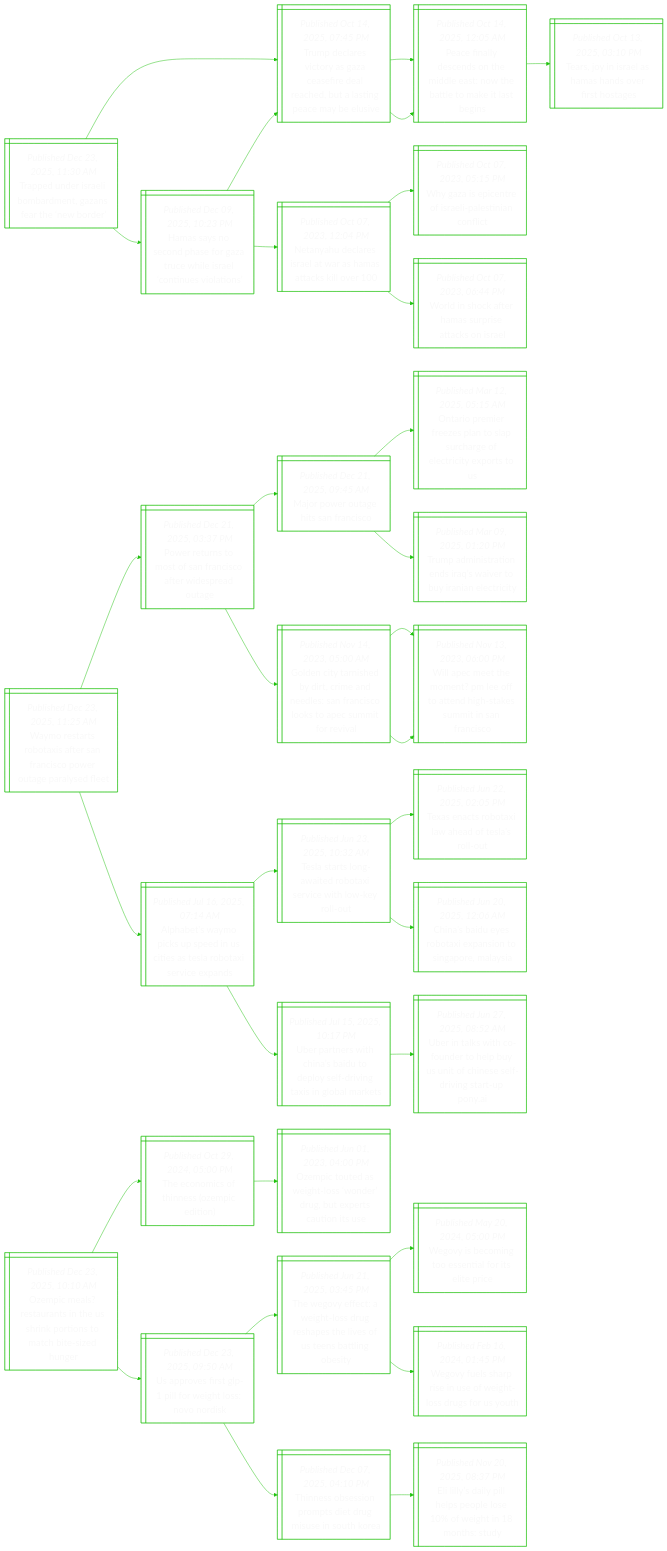
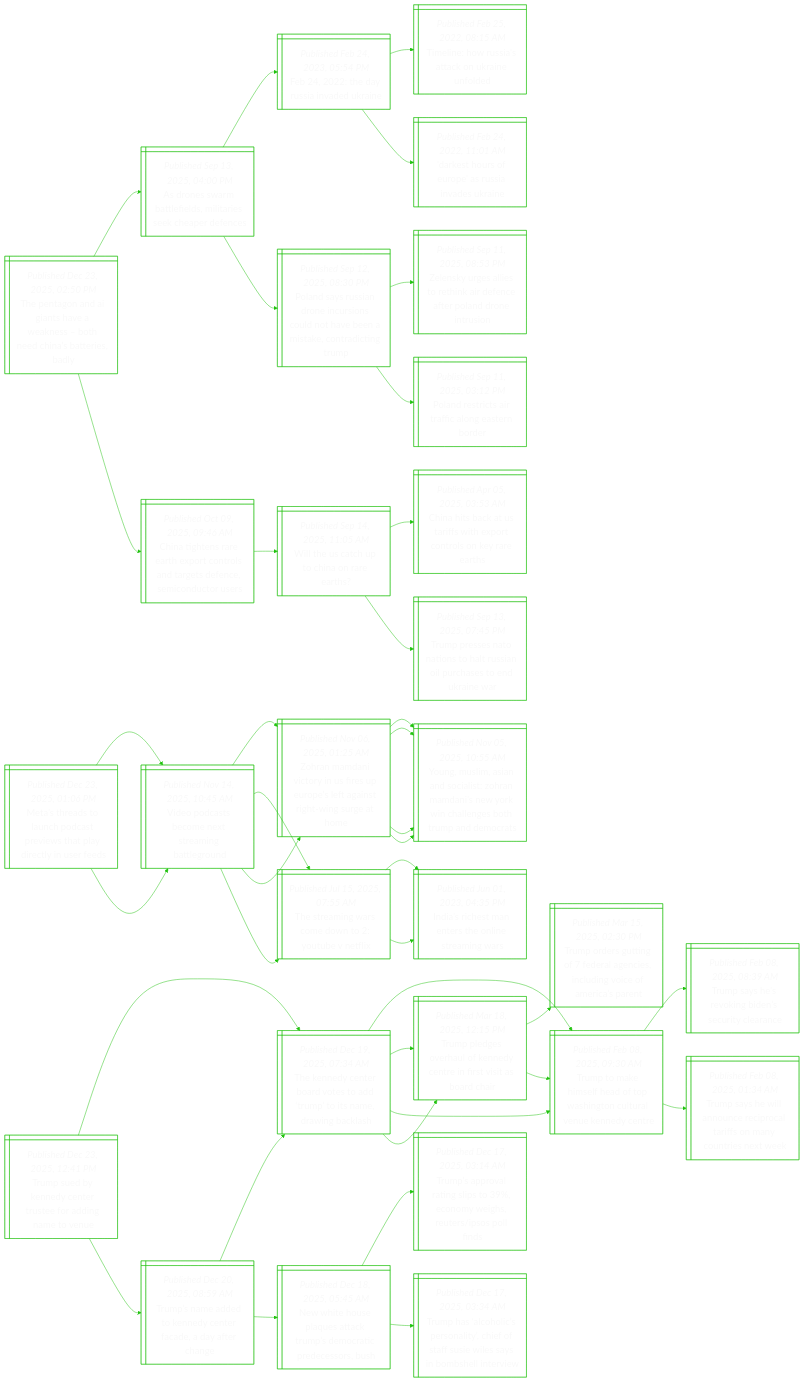
One commit to notJmes/notJmes changed the diagram in README.md. Above: the diagram before and after it, drawn with Mermaid. The commit also changed other lines of this file, not shown here.

````diff
--- a/README.md
+++ b/README.md
@@ -16,106 +16,127 @@
 flowchart LR
 classDef txtsize font-size:20px;
 
-TeeaodGstwe@{ shape: win-pane, label: "_Published Dec 23, 2025, 11:30 AM_
-Trapped under israeli bombardment, gazans fear the ‘new border’" }
-HsonsGrhscnii@{ shape: win-pane, label: "_Published Dec 09, 2025, 10:23 PM_
-Hamas says no second phase for gaza truce while israel ‘continues violations’" }
-Tdrcaaededlncbs@{ shape: win-pane, label: "_Published Oct 14, 2025, 07:45 PM_
-Trump declares victory as gaza ceasefire deal reached, but a lasting peace may be elusive" }
-PflcoMeNelale@{ shape: win-pane, label: "_Published Oct 14, 2025, 12:05 AM_
-Peace finally descends on the middle east: now the battle to make it last begins" }
-NyeeawHakl@{ shape: win-pane, label: "_Published Oct 07, 2023, 12:04 PM_
-Netanyahu declares israel at war as hamas attacks kill over 100" }
-WzptIleint@{ shape: win-pane, label: "_Published Oct 07, 2023, 05:15 PM_
-Why gaza is epicentre of israeli-palestinian conflict" }
-Wiceapaks@{ shape: win-pane, label: "_Published Oct 07, 2023, 06:44 PM_
-World in shock after hamas surprise attacks on israel" }
-Tdrcaaededlncbs@{ shape: win-pane, label: "_Published Oct 14, 2025, 07:45 PM_
-Trump declares victory as gaza ceasefire deal reached, but a lasting peace may be elusive" }
-PflcoMeNelale@{ shape: win-pane, label: "_Published Oct 14, 2025, 12:05 AM_
-Peace finally descends on the middle east: now the battle to make it last begins" }
-TjIlmnest@{ shape: win-pane, label: "_Published Oct 13, 2025, 03:10 PM_
-Tears, joy in israel as hamas hands over first hostages" }
+TnnItekbeiaid@{ shape: win-pane, label: "_Published Dec 23, 2025, 02:50 PM_
+The pentagon and ai giants have a weakness – both need china’s batteries, badly" }
+Anatimashrn@{ shape: win-pane, label: "_Published Sep 13, 2025, 04:00 PM_
+As drones swarm battlefields, militaries seek cheaper defences" }
+Feuiea@{ shape: win-pane, label: "_Published Feb 24, 2023, 05:54 PM_
+Feb 24, 2022: the day russia invaded ukraine" }
+Tiwitnifd@{ shape: win-pane, label: "_Published Feb 25, 2022, 08:15 AM_
+Timeline: how russia's attack on ukraine unfolded" }
+DsruasvUn@{ shape: win-pane, label: "_Published Feb 24, 2022, 11:01 AM_
+'darkest hours of europe' as russia invades ukraine" }
+PdRanunlheiertr@{ shape: win-pane, label: "_Published Sep 12, 2025, 08:30 PM_
+Poland says russian drone incursions could not have been a mistake, contradicting trump" }
+Zsgloirntlrni@{ shape: win-pane, label: "_Published Sep 11, 2025, 08:53 PM_
+Zelensky urges allies to rethink air defence after poland drone intrusion" }
+Pdraaaerd@{ shape: win-pane, label: "_Published Sep 11, 2025, 03:12 PM_
+Poland restricts air traffic along eastern border" }
+Ctertonsasnmdrs@{ shape: win-pane, label: "_Published Oct 09, 2025, 09:46 AM_
+China tightens rare earth export controls and targets defence, semiconductor users" }
+Whapira@{ shape: win-pane, label: "_Published Sep 14, 2025, 11:05 AM_
+Will the us catch up to china on rare earths?" }
+ChaUiipoleeh@{ shape: win-pane, label: "_Published Apr 05, 2025, 03:53 AM_
+China hits back at us tariffs with export controls on key rare earths" }
+Tpeoohunuserw@{ shape: win-pane, label: "_Published Sep 13, 2025, 07:45 PM_
+Trump presses nato nations to halt russian oil purchases to end ukraine war" }
 
-TeeaodGstwe:::txtsize --> HsonsGrhscnii:::txtsize
-HsonsGrhscnii:::txtsize --> Tdrcaaededlncbs:::txtsize
-Tdrcaaededlncbs:::txtsize --> PflcoMeNelale:::txtsize
-HsonsGrhscnii:::txtsize --> NyeeawHakl:::txtsize
-NyeeawHakl:::txtsize --> WzptIleint:::txtsize
-NyeeawHakl:::txtsize --> Wiceapaks:::txtsize
-TeeaodGstwe:::txtsize --> Tdrcaaededlncbs:::txtsize
-Tdrcaaededlncbs:::txtsize --> PflcoMeNelale:::txtsize
-PflcoMeNelale:::txtsize --> TjIlmnest:::txtsize
+TnnItekbeiaid:::txtsize --> Anatimashrn:::txtsize
+Anatimashrn:::txtsize --> Feuiea:::txtsize
+Feuiea:::txtsize --> Tiwitnifd:::txtsize
+Feuiea:::txtsize --> DsruasvUn:::txtsize
+Anatimashrn:::txtsize --> PdRanunlheiertr:::txtsize
+PdRanunlheiertr:::txtsize --> Zsgloirntlrni:::txtsize
+PdRanunlheiertr:::txtsize --> Pdraaaerd:::txtsize
+TnnItekbeiaid:::txtsize --> Ctertonsasnmdrs:::txtsize
+Ctertonsasnmdrs:::txtsize --> Whapira:::txtsize
+Whapira:::txtsize --> ChaUiipoleeh:::txtsize
+Whapira:::txtsize --> Tpeoohunuserw:::txtsize
 
-WrrbieFioupyl@{ shape: win-pane, label: "_Published Dec 23, 2025, 11:25 AM_
-Waymo restarts robotaxis after san francisco power outage paralysed fleet" }
-PrnoSaceeaa@{ shape: win-pane, label: "_Published Dec 21, 2025, 03:37 PM_
-Power returns to most of san francisco after widespread outage" }
-MpoeSac@{ shape: win-pane, label: "_Published Dec 21, 2025, 09:45 AM_
-Major power outage hits san francisco" }
-Oimrstphocipt@{ shape: win-pane, label: "_Published Mar 12, 2025, 05:15 AM_
-Ontario premier freezes plan to slap surcharge of electricity exports to us" }
-Taitnaiorntt@{ shape: win-pane, label: "_Published Mar 09, 2025, 01:20 PM_
-Trump administration ends iraq’s waiver to buy iranian electricity" }
-GntsycaeSackpmoi@{ shape: win-pane, label: "_Published Nov 14, 2023, 05:00 AM_
-Golden city tarnished by dirt, crime and needles: san francisco looks to apec summit for revival" }
-WpemteonhemSac@{ shape: win-pane, label: "_Published Nov 13, 2023, 06:00 PM_
-Will apec meet the moment? pm lee off to attend high-stakes summit in san francisco" }
-WpemteonhemSac@{ shape: win-pane, label: "_Published Nov 13, 2023, 06:00 PM_
-Will apec meet the moment? pm lee off to attend high-stakes summit in san francisco" }
-Abaipdcssbiip@{ shape: win-pane, label: "_Published Jul 16, 2025, 07:14 AM_
-Alphabet's waymo picks up speed in us cities as tesla robotaxi service expands" }
-Tssaeoschel@{ shape: win-pane, label: "_Published Jun 23, 2025, 10:32 AM_
-Tesla starts long-awaited robotaxi service with low-key roll-out" }
-Testaaeru@{ shape: win-pane, label: "_Published Jun 22, 2025, 02:05 PM_
-Texas enacts robotaxi law ahead of tesla’s roll-out" }
-Csurapoiola@{ shape: win-pane, label: "_Published Jun 20, 2025, 12:06 AM_
-China’s baidu eyes robotaxi expansion to singapore, malaysia" }
-Uarhadesrgsoas@{ shape: win-pane, label: "_Published Jul 15, 2025, 10:17 PM_
-Uber partners with china’s baidu to deploy self-driving taxis in global markets" }
-Unscnobufelvtpa@{ shape: win-pane, label: "_Published Jun 27, 2025, 08:52 AM_
-Uber in talks with co-founder to help buy us unit of chinese self-driving start-up pony.ai" }
+MTdapsvtlryed@{ shape: win-pane, label: "_Published Dec 23, 2025, 01:06 PM_
+Meta’s threads to launch podcast previews that play directly in user feeds" }
+Vpscernto@{ shape: win-pane, label: "_Published Nov 14, 2025, 10:45 AM_
+Video podcasts become next streaming battleground" }
+Znaciippfiiirh@{ shape: win-pane, label: "_Published Nov 06, 2025, 01:25 AM_
+Zohran mamdani victory in us fires up europe’s left against right-wing surge at home" }
+YMmnoihaiYilehpea@{ shape: win-pane, label: "_Published Nov 05, 2025, 10:55 AM_
+Young, muslim, asian and socialist: zohran mamdani’s new york win challenges both trump and democrats" }
+YMmnoihaiYilehpea@{ shape: win-pane, label: "_Published Nov 05, 2025, 10:55 AM_
+Young, muslim, asian and socialist: zohran mamdani’s new york win challenges both trump and democrats" }
+Trnsdouex@{ shape: win-pane, label: "_Published Jul 15, 2025, 07:55 AM_
+The streaming wars come down to 2: youtube v netflix" }
+Isenroeaw@{ shape: win-pane, label: "_Published Jun 01, 2023, 04:35 PM_
+India’s richest man enters the online streaming wars" }
+Vpscernto@{ shape: win-pane, label: "_Published Nov 14, 2025, 10:45 AM_
+Video podcasts become next streaming battleground" }
+Znaciippfiiirh@{ shape: win-pane, label: "_Published Nov 06, 2025, 01:25 AM_
+Zohran mamdani victory in us fires up europe’s left against right-wing surge at home" }
+YMmnoihaiYilehpea@{ shape: win-pane, label: "_Published Nov 05, 2025, 10:55 AM_
+Young, muslim, asian and socialist: zohran mamdani’s new york win challenges both trump and democrats" }
+YMmnoihaiYilehpea@{ shape: win-pane, label: "_Published Nov 05, 2025, 10:55 AM_
+Young, muslim, asian and socialist: zohran mamdani’s new york win challenges both trump and democrats" }
+Trnsdouex@{ shape: win-pane, label: "_Published Jul 15, 2025, 07:55 AM_
+The streaming wars come down to 2: youtube v netflix" }
+Isenroeaw@{ shape: win-pane, label: "_Published Jun 01, 2023, 04:35 PM_
+India’s richest man enters the online streaming wars" }
 
-WrrbieFioupyl:::txtsize --> PrnoSaceeaa:::txtsize
-PrnoSaceeaa:::txtsize --> MpoeSac:::txtsize
-MpoeSac:::txtsize --> Oimrstphocipt:::txtsize
-MpoeSac:::txtsize --> Taitnaiorntt:::txtsize
-PrnoSaceeaa:::txtsize --> GntsycaeSackpmoi:::txtsize
-GntsycaeSackpmoi:::txtsize --> WpemteonhemSac:::txtsize
-GntsycaeSackpmoi:::txtsize --> WpemteonhemSac:::txtsize
-WrrbieFioupyl:::txtsize --> Abaipdcssbiip:::txtsize
-Abaipdcssbiip:::txtsize --> Tssaeoschel:::txtsize
-Tssaeoschel:::txtsize --> Testaaeru:::txtsize
-Tssaeoschel:::txtsize --> Csurapoiola:::txtsize
-Abaipdcssbiip:::txtsize --> Uarhadesrgsoas:::txtsize
-Uarhadesrgsoas:::txtsize --> Unscnobufelvtpa:::txtsize
+MTdapsvtlryed:::txtsize --> Vpscernto:::txtsize
+Vpscernto:::txtsize --> Znaciippfiiirh:::txtsize
+Znaciippfiiirh:::txtsize --> YMmnoihaiYilehpea:::txtsize
+Znaciippfiiirh:::txtsize --> YMmnoihaiYilehpea:::txtsize
+Vpscernto:::txtsize --> Trnsdouex:::txtsize
+Trnsdouex:::txtsize --> Isenroeaw:::txtsize
+MTdapsvtlryed:::txtsize --> Vpscernto:::txtsize
+Vpscernto:::txtsize --> Znaciippfiiirh:::txtsize
+Znaciippfiiirh:::txtsize --> YMmnoihaiYilehpea:::txtsize
+Znaciippfiiirh:::txtsize --> YMmnoihaiYilehpea:::txtsize
+Vpscernto:::txtsize --> Trnsdouex:::txtsize
+Trnsdouex:::txtsize --> Isenroeaw:::txtsize
 
-Oiltntskiohshr@{ shape: win-pane, label: "_Published Dec 23, 2025, 10:10 AM_
-Ozempic meals? restaurants in the us shrink portions to match bite-sized hunger" }
-Tochsmdn@{ shape: win-pane, label: "_Published Oct 29, 2024, 05:00 PM_
-The economics of thinness (ozempic edition)" }
-Oitwtwrbpcou@{ shape: win-pane, label: "_Published Jun 01, 2023, 04:00 PM_
-Ozempic touted as weight-loss ‘wonder’ drug, but experts caution its use" }
-UrfGlwtNok@{ shape: win-pane, label: "_Published Dec 23, 2025, 09:50 AM_
-Us approves first glp-1 pill for weight loss: novo nordisk" }
-TgfAhsrpestbie@{ shape: win-pane, label: "_Published Jun 21, 2025, 03:45 PM_
-The wegovy effect: a weight-loss drug reshapes the lives of us teens battling obesity" }
-Wycgsirlr@{ shape: win-pane, label: "_Published May 20, 2024, 05:00 PM_
-Wegovy is becoming too essential for its elite price" }
-WyspiogsgUt@{ shape: win-pane, label: "_Published Feb 16, 2024, 01:45 PM_
-Wegovy fuels sharp rise in use of weight-loss drugs for us youth" }
-TesomiuuSK@{ shape: win-pane, label: "_Published Dec 07, 2025, 04:10 PM_
-Thinness obsession prompts diet drug misuse in south korea" }
-Elailoowtnt@{ shape: win-pane, label: "_Published Nov 20, 2025, 08:37 PM_
-Eli lilly’s daily pill helps people lose 10% of weight in 18 months: study" }
+Tsyenrednoe@{ shape: win-pane, label: "_Published Dec 23, 2025, 12:41 PM_
+Trump sued by kennedy center trustee for adding name to venue" }
+TnCrdsdpsdnk@{ shape: win-pane, label: "_Published Dec 19, 2025, 07:34 AM_
+The kennedy center board votes to add ‘trump’ to its name, drawing backlash" }
+TteeaohotvKdt@{ shape: win-pane, label: "_Published Feb 08, 2025, 09:30 AM_
+Trump to make himself head of top washington cultural venue kennedy centre" }
+TseoBsrln@{ shape: win-pane, label: "_Published Feb 08, 2025, 08:39 AM_
+Trump says he’s revoking biden’s security clearance" }
+Tseanccroytne@{ shape: win-pane, label: "_Published Feb 08, 2025, 01:34 AM_
+Trump says he will announce reciprocal tariffs on many countries next week" }
+Tperoneisioh@{ shape: win-pane, label: "_Published Mar 18, 2025, 12:15 PM_
+Trump pledges overhaul of kennedy centre in first visit as board chair" }
+Tosifanidofia@{ shape: win-pane, label: "_Published Mar 15, 2025, 02:30 PM_
+Trump orders gutting of 7 federal agencies, including voice of america’s parent" }
+TteeaohotvKdt@{ shape: win-pane, label: "_Published Feb 08, 2025, 09:30 AM_
+Trump to make himself head of top washington cultural venue kennedy centre" }
+Tsatnefeace@{ shape: win-pane, label: "_Published Dec 20, 2025, 08:59 AM_
+Trump’s name added to kennedy center facade, a day after change" }
+TnCrdsdpsdnk@{ shape: win-pane, label: "_Published Dec 19, 2025, 07:34 AM_
+The kennedy center board votes to add ‘trump’ to its name, drawing backlash" }
+TteeaohotvKdt@{ shape: win-pane, label: "_Published Feb 08, 2025, 09:30 AM_
+Trump to make himself head of top washington cultural venue kennedy centre" }
+Tperoneisioh@{ shape: win-pane, label: "_Published Mar 18, 2025, 12:15 PM_
+Trump pledges overhaul of kennedy centre in first visit as board chair" }
+Niuaakpoidsu@{ shape: win-pane, label: "_Published Dec 18, 2025, 05:45 AM_
+New white house plaques attack trump’s democratic predecessors, bush" }
+TsoastneRrols@{ shape: win-pane, label: "_Published Dec 17, 2025, 03:14 AM_
+Trump’s approval rating slips to 39%, economy weighs, reuters/ipsos poll finds" }
+Thcirlhffesiblr@{ shape: win-pane, label: "_Published Dec 17, 2025, 03:34 AM_
+Trump has ‘alcoholic’s personality’, chief of staff susie wiles says in bombshell interview" }
 
-Oiltntskiohshr:::txtsize --> Tochsmdn:::txtsize
-Tochsmdn:::txtsize --> Oitwtwrbpcou:::txtsize
-Oiltntskiohshr:::txtsize --> UrfGlwtNok:::txtsize
-UrfGlwtNok:::txtsize --> TgfAhsrpestbie:::txtsize
-TgfAhsrpestbie:::txtsize --> Wycgsirlr:::txtsize
-TgfAhsrpestbie:::txtsize --> WyspiogsgUt:::txtsize
-UrfGlwtNok:::txtsize --> TesomiuuSK:::txtsize
-TesomiuuSK:::txtsize --> Elailoowtnt:::txtsize
+Tsyenrednoe:::txtsize --> TnCrdsdpsdnk:::txtsize
+TnCrdsdpsdnk:::txtsize --> TteeaohotvKdt:::txtsize
+TteeaohotvKdt:::txtsize --> TseoBsrln:::txtsize
+TteeaohotvKdt:::txtsize --> Tseanccroytne:::txtsize
+TnCrdsdpsdnk:::txtsize --> Tperoneisioh:::txtsize
+Tperoneisioh:::txtsize --> Tosifanidofia:::txtsize
+Tperoneisioh:::txtsize --> TteeaohotvKdt:::txtsize
+Tsyenrednoe:::txtsize --> Tsatnefeace:::txtsize
+Tsatnefeace:::txtsize --> TnCrdsdpsdnk:::txtsize
+TnCrdsdpsdnk:::txtsize --> TteeaohotvKdt:::txtsize
+TnCrdsdpsdnk:::txtsize --> Tperoneisioh:::txtsize
+Tsatnefeace:::txtsize --> Niuaakpoidsu:::txtsize
+Niuaakpoidsu:::txtsize --> TsoastneRrols:::txtsize
+Niuaakpoidsu:::txtsize --> Thcirlhffesiblr:::txtsize
 
 ```
````
